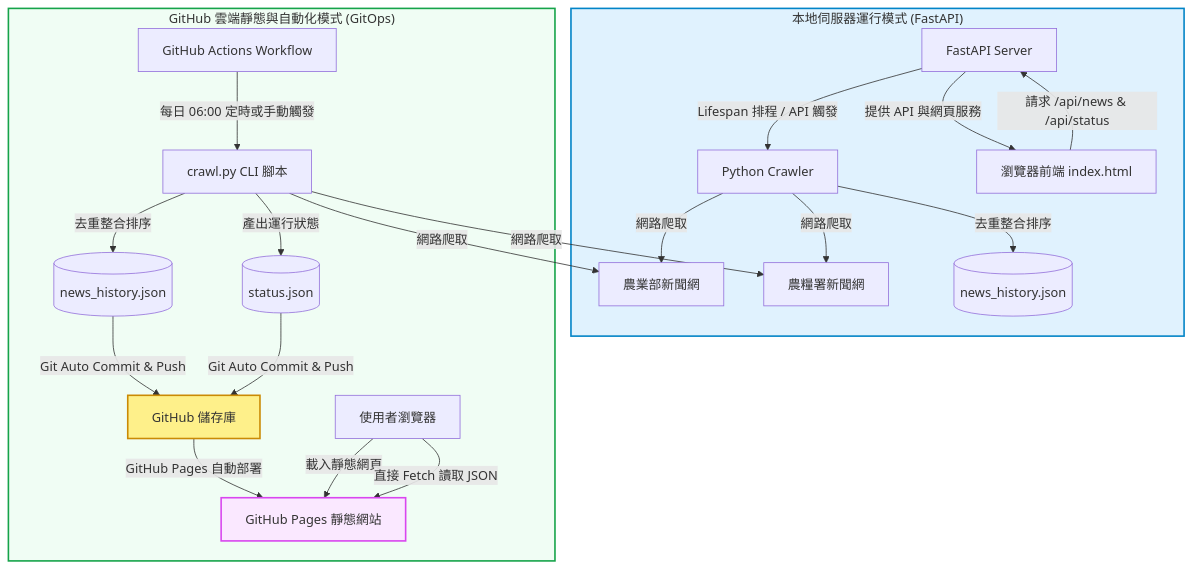
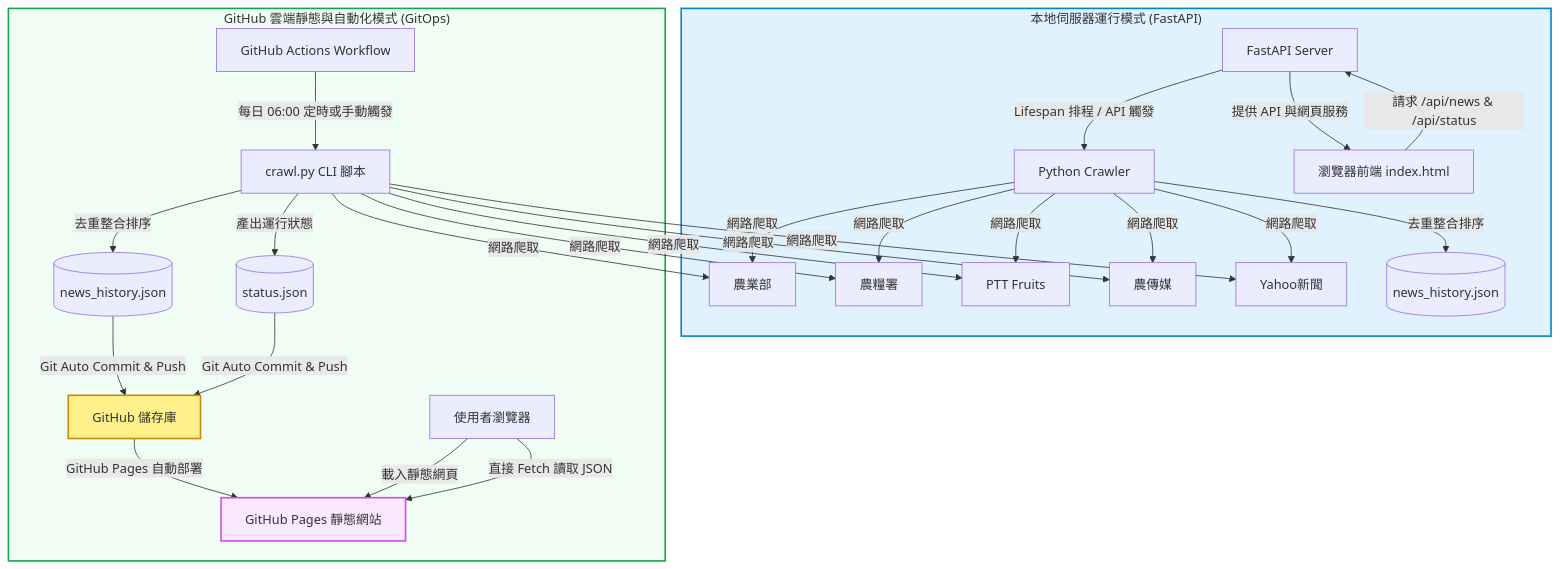
One commit to mdbenshow-art/NEWS changed the diagram in README.md. Above: the diagram before and after it, drawn with Mermaid. The commit also changed other lines of this file and 7 other files, not shown here.

````diff
--- a/README.md
+++ b/README.md
@@ -13,28 +13,34 @@
 ```mermaid
 graph TD
     subgraph Local ["本地伺服器運行模式 (FastAPI)"]
         A[FastAPI Server] -->|Lifespan 排程 / API 觸發| B[Python Crawler]
-        B -->|網路爬取| C1[農業部新聞網]
-        B -->|網路爬取| C2[農糧署新聞網]
+        B -->|網路爬取| C1[農業部]
+        B -->|網路爬取| C2[農糧署]
+        B -->|網路爬取| C3[PTT Fruits]
+        B -->|網路爬取| C4[農傳媒]
+        B -->|網路爬取| C5[Yahoo新聞]
         B -->|去重整合排序| D[(news_history.json)]
         A -->|提供 API 與網頁服務| E[瀏覽器前端 index.html]
         E -->|請求 /api/news & /api/status| A
     end
 
     subgraph Cloud ["GitHub 雲端靜態與自動化模式 (GitOps)"]
         F[GitHub Actions Workflow] -->|每日 06:00 定時或手動觸發| G[crawl.py CLI 腳本]
         G -->|網路爬取| C1
         G -->|網路爬取| C2
+        G -->|網路爬取| C3
+        G -->|網路爬取| C4
+        G -->|網路爬取| C5
         G -->|去重整合排序| H[(news_history.json)]
         G -->|產出運行狀態| I[(status.json)]
         H & I -->|Git Auto Commit & Push| J[GitHub 儲存庫]
         J -->|GitHub Pages 自動部署| K[GitHub Pages 靜態網站]
         L[使用者瀏覽器] -->|載入靜態網頁| K
         L -->|直接 Fetch 讀取 JSON| K
     end
 
     style Local fill:#e0f2fe,stroke:#0284c7,stroke-width:2px
     style Cloud fill:#f0fdf4,stroke:#16a34a,stroke-width:2px
     style J fill:#fef08a,stroke:#ca8a04,stroke-width:2px
     style K fill:#fae8ff,stroke:#d946ef,stroke-width:2px
 ```
````
